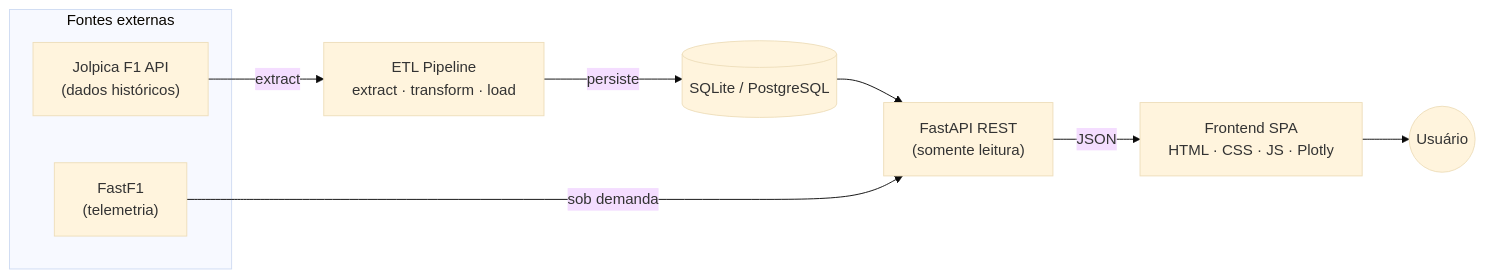
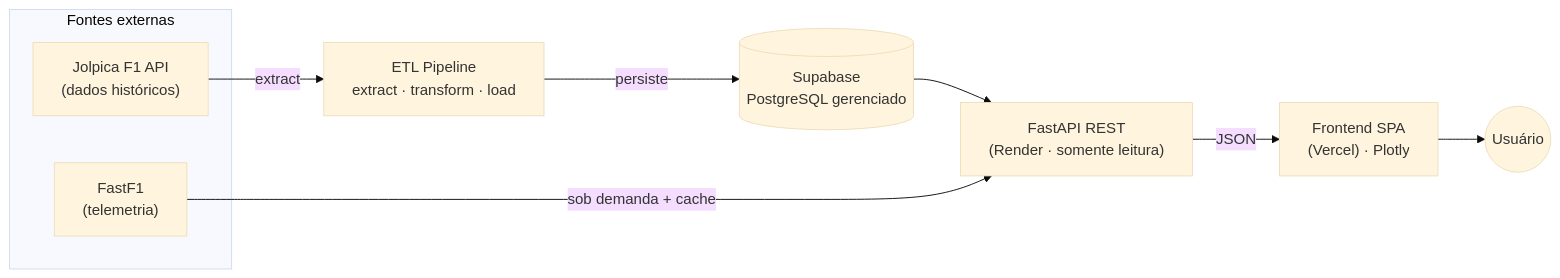
The first of 2 diagrams in ARCHITECTURE.md (Fuzkrigo/F1-Dashboard-and-Data-Analysis), drawn with Mermaid (base theme) before and after one commit. The commit also changed other lines of this file and 1 other file, not shown here.

Commit message:
docs: atualiza README e ARCHITECTURE para a arquitetura atual (Supabase + Render + Vercel)

````diff
--- a/ARCHITECTURE.md
+++ b/ARCHITECTURE.md
@@ -25,14 +25,14 @@
 ```mermaid
 flowchart LR
     subgraph Fontes["Fontes externas"]
       J["Jolpica F1 API<br/>(dados históricos)"]
       FF["FastF1<br/>(telemetria)"]
     end
 
     J -->|extract| ETL["ETL Pipeline<br/>extract · transform · load"]
-    ETL -->|persiste| DB[("SQLite / PostgreSQL")]
-    DB --> API["FastAPI REST<br/>(somente leitura)"]
-    FF -->|sob demanda| API
-    API -->|JSON| WEB["Frontend SPA<br/>HTML · CSS · JS · Plotly"]
+    ETL -->|persiste| DB[("Supabase<br/>PostgreSQL gerenciado")]
+    DB --> API["FastAPI REST<br/>(Render · somente leitura)"]
+    FF -->|sob demanda + cache| API
+    API -->|JSON| WEB["Frontend SPA<br/>(Vercel) · Plotly"]
     WEB --> USER((Usuário))
 ```
````
